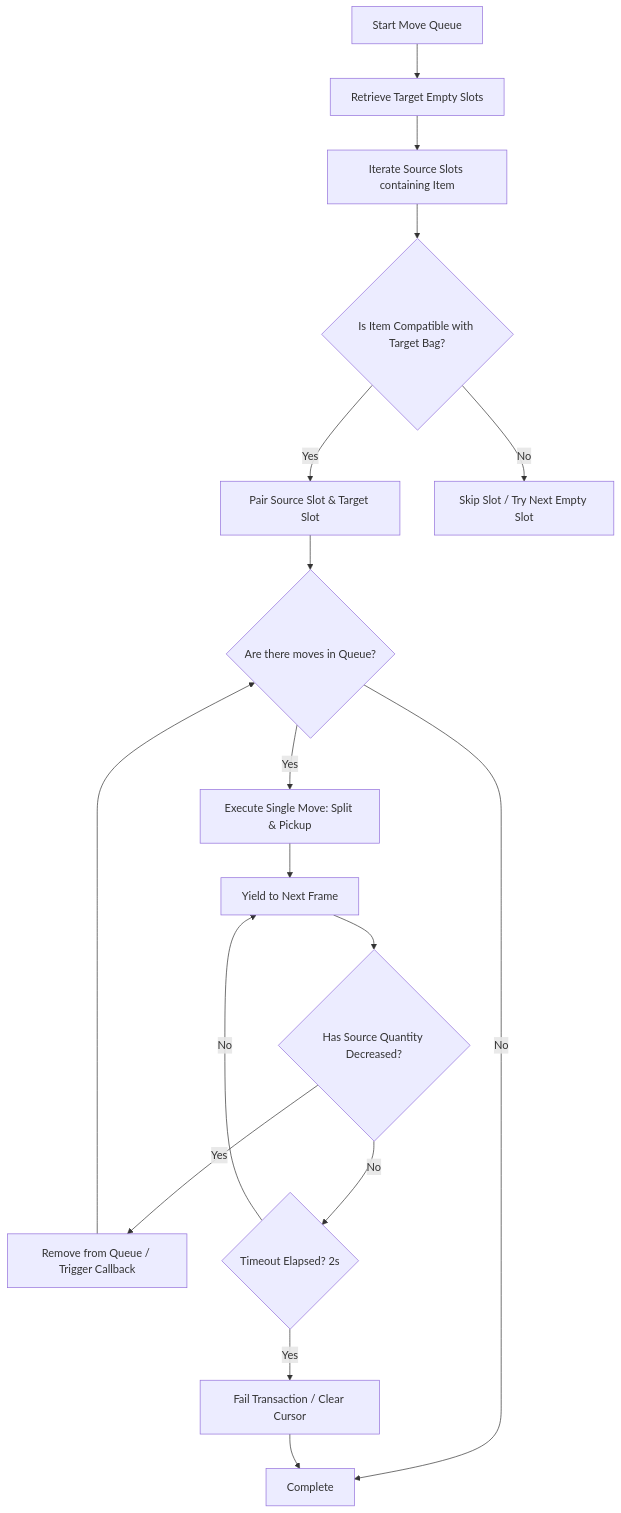
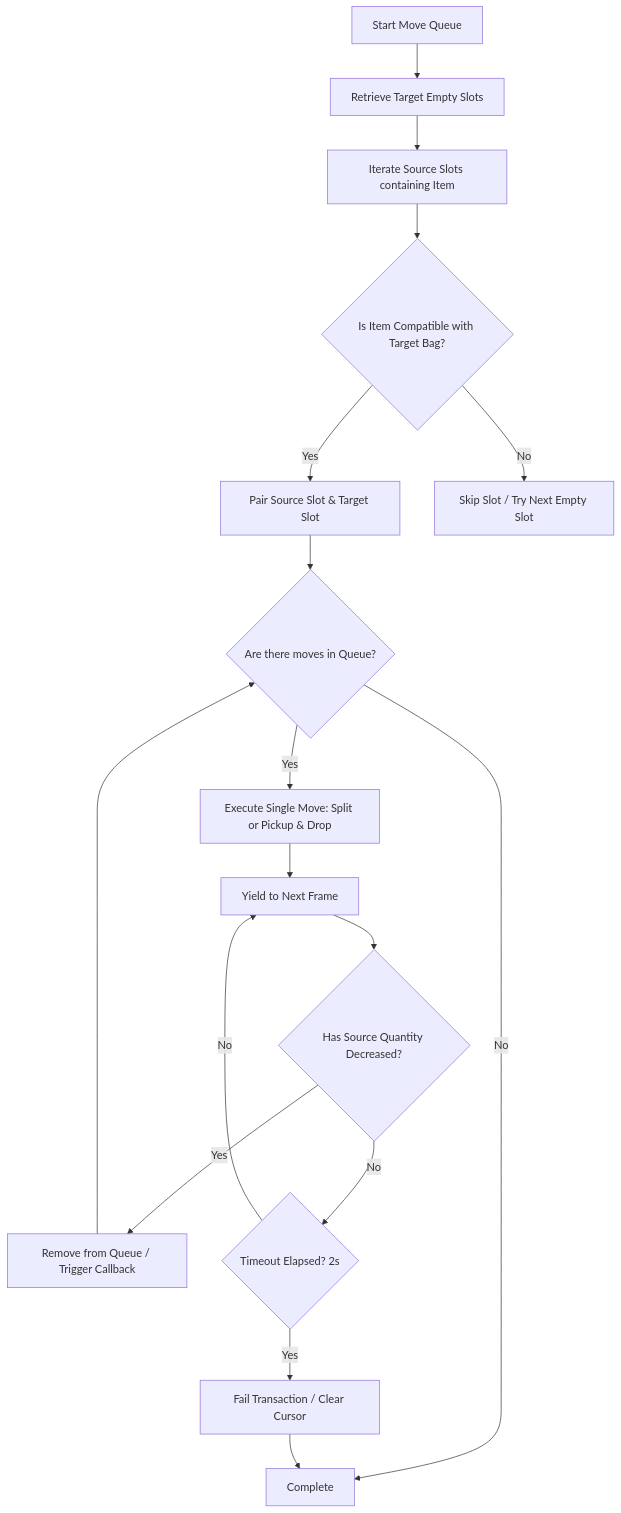
Before and after one commit to lucienve/libItemMove: the diagram in docs/library_design.md, drawn with Mermaid. The commit also changed other lines of this file and 9 other files, not shown here.

Commit message:
fix(contexts): use Pickup for full-stack and unstackable moves in MoveSlot (#7)

````diff
--- a/docs/library_design.md
+++ b/docs/library_design.md
@@ -50,19 +50,19 @@
 ```mermaid
 flowchart TD
     A[Start Move Queue] --> B[Retrieve Target Empty Slots]
     B --> C[Iterate Source Slots containing Item]
     C --> D{Is Item Compatible with Target Bag?}
     D -- Yes --> E[Pair Source Slot & Target Slot]
     D -- No --> F[Skip Slot / Try Next Empty Slot]
     E --> G{Are there moves in Queue?}
-    G -- Yes --> H[Execute Single Move: Split & Pickup]
+    G -- Yes --> H[Execute Single Move: Split or Pickup & Drop]
     H --> I[Yield to Next Frame]
     I --> J{Has Source Quantity Decreased?}
     J -- Yes --> K[Remove from Queue / Trigger Callback]
     J -- No --> L{Timeout Elapsed? 2s}
     L -- No --> I
     L -- Yes --> M[Fail Transaction / Clear Cursor]
     K --> G
     G -- No --> N[Complete]
     M --> N
 ```
````
